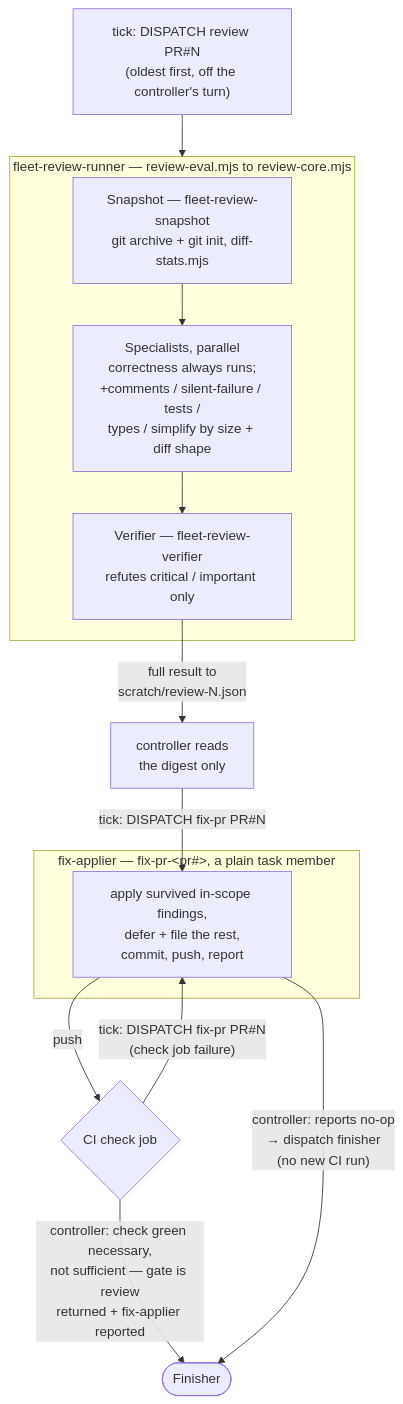
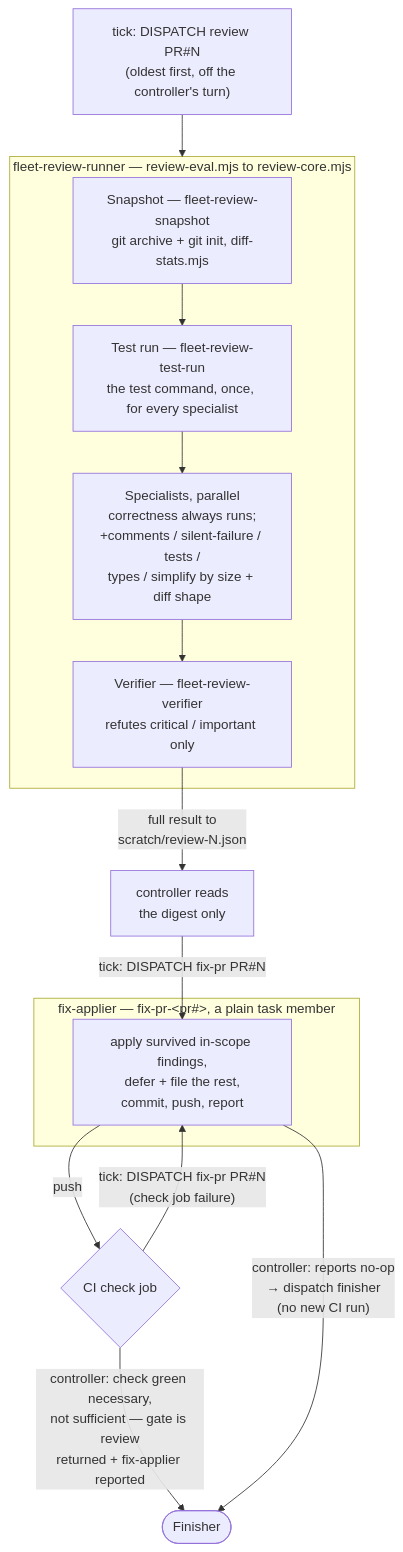
The diagram in docs/components/reviewer.md (feigi/fleet-plugin), drawn with Mermaid before and after one commit. The commit also changed other lines of this file and 2 other files, not shown here.

Commit message:
test(review): pin the shared test run's acceptance criteria; docs (#2315)

````diff
--- a/docs/components/reviewer.md
+++ b/docs/components/reviewer.md
@@ -48,23 +51,24 @@
 ```mermaid
 flowchart TD
     DISPATCH["tick: DISPATCH review PR#N<br/>(oldest first, off the controller's turn)"] --> RUNNER
 
     subgraph RUNNER["fleet-review-runner — review-eval.mjs to review-core.mjs"]
         SNAP["Snapshot — fleet-review-snapshot<br/>git archive + git init, diff-stats.mjs"]
+        TESTRUN["Test run — fleet-review-test-run<br/>the test command, once, for every specialist"]
         SPEC["Specialists, parallel<br/>correctness always runs;<br/>+comments / silent-failure / tests /<br/>types / simplify by size + diff shape"]
         VERI["Verifier — fleet-review-verifier<br/>refutes critical / important only"]
-        SNAP --> SPEC --> VERI
+        SNAP --> TESTRUN --> SPEC --> VERI
     end
 
     VERI -->|"full result to<br/>scratch/review-N.json"| CTRL["controller reads<br/>the digest only"]
     CTRL -->|"tick: DISPATCH fix-pr PR#N"| FIX
 
     subgraph FIXSUB["fix-applier — fix-pr-&lt;pr#&gt;, a plain task member"]
         FIX["apply survived in-scope findings,<br/>defer + file the rest,<br/>commit, push, report"]
     end
 
     FIX -->|"push"| CIJOB{"CI check job"}
     CIJOB -->|"tick: DISPATCH fix-pr PR#N<br/>(check job failure)"| FIX
     CIJOB -->|"controller: check green necessary,<br/>not sufficient — gate is review<br/>returned + fix-applier reported"| FINISH(["Finisher"])
     FIX -->|"controller: reports no-op<br/>→ dispatch finisher<br/>(no new CI run)"| FINISH
 ```
````
